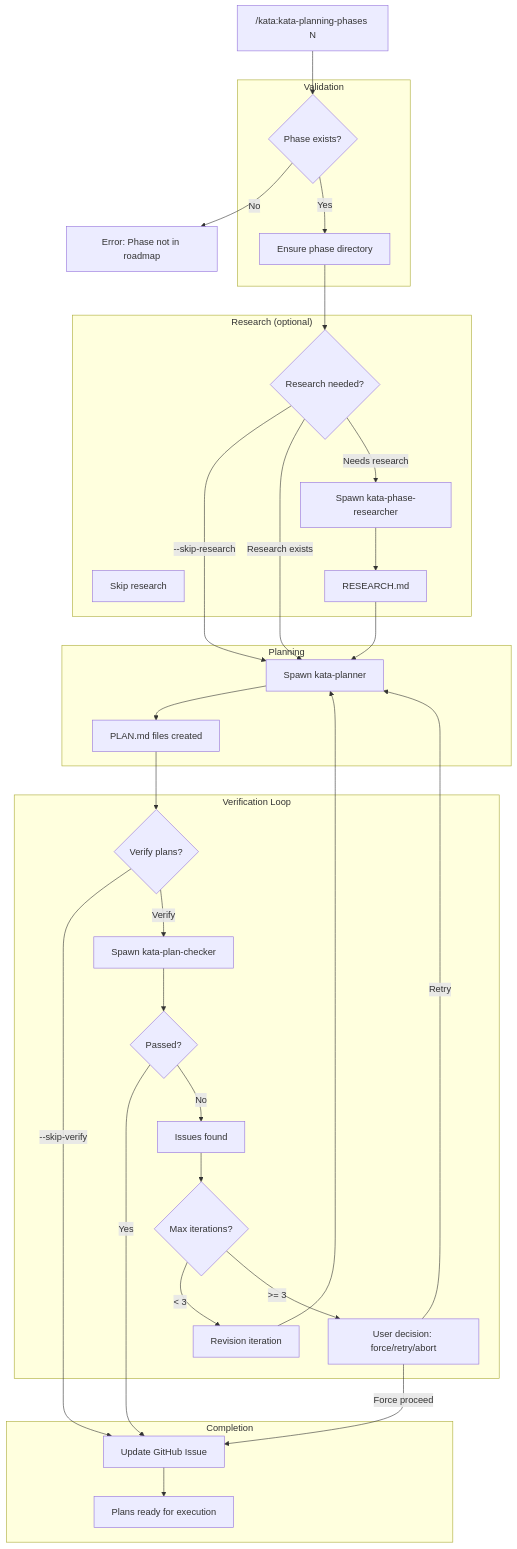
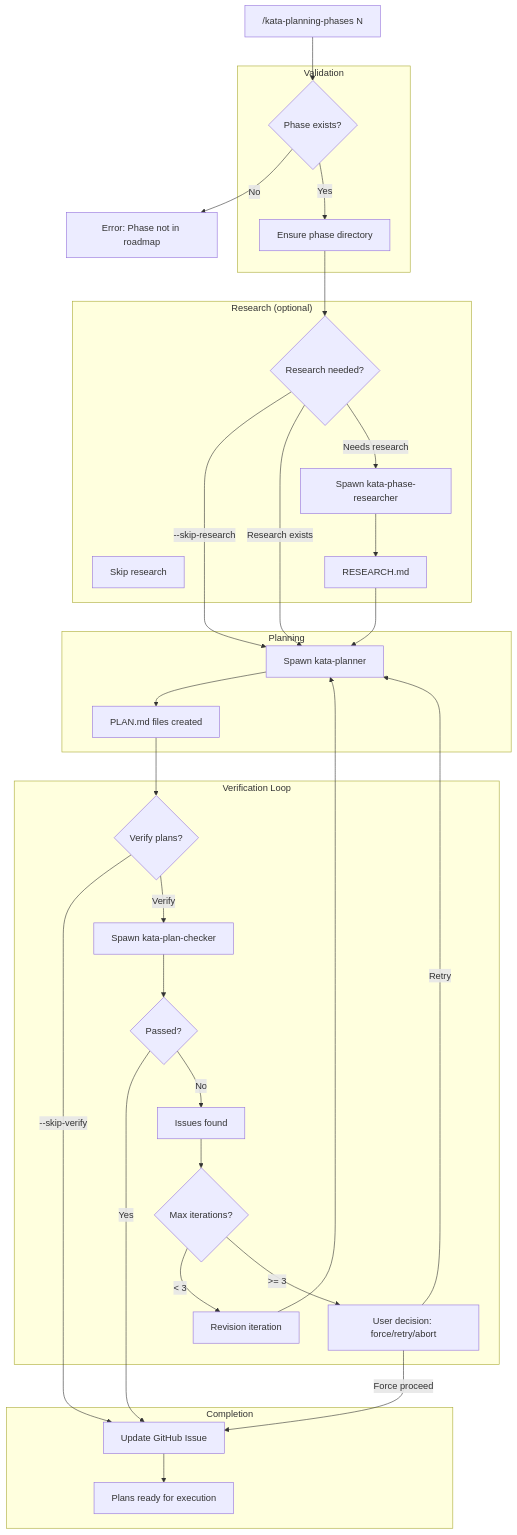
One commit to gannonh/kata changed the third of 6 diagrams in .docs/USER-JOURNEYS.md. Above: the diagram before and after it, drawn with Mermaid. The commit also changed other lines of this file and 89 other files, not shown here.

````diff
--- a/.docs/USER-JOURNEYS.md
+++ b/.docs/USER-JOURNEYS.md
@@ -157,60 +157,60 @@
 ```mermaid
 flowchart TD
-    START["/kata:kata-planning-phases N"]
+    START["/kata-planning-phases N"]
 
     subgraph Validate["Validation"]
         CHK{"Phase exists?"}
         DIR["Ensure phase directory"]
     end
 
     subgraph Research["Research (optional)"]
         RCHK{"Research needed?"}
         RSKIP["Skip research"]
         SPAWN_R["Spawn kata-phase-researcher"]
         RES["RESEARCH.md"]
     end
 
     subgraph Plan["Planning"]
         SPAWN_P["Spawn kata-planner"]
         PLANS["PLAN.md files created"]
     end
 
     subgraph Verify["Verification Loop"]
         VCHK{"Verify plans?"}
         SPAWN_C["Spawn kata-plan-checker"]
         PASS{"Passed?"}
         ISSUES["Issues found"]
         REVISE["Revision iteration"]
         MAX{"Max iterations?"}
         FORCE["User decision: force/retry/abort"]
     end
 
     subgraph Done["Completion"]
         GH["Update GitHub Issue"]
         DONE["Plans ready for execution"]
     end
 
     START --> CHK
     CHK -->|"No"| ERROR["Error: Phase not in roadmap"]
     CHK -->|"Yes"| DIR
     DIR --> RCHK
     RCHK -->|"--skip-research"| SPAWN_P
     RCHK -->|"Research exists"| SPAWN_P
     RCHK -->|"Needs research"| SPAWN_R
     SPAWN_R --> RES
     RES --> SPAWN_P
     SPAWN_P --> PLANS
     PLANS --> VCHK
     VCHK -->|"--skip-verify"| GH
     VCHK -->|"Verify"| SPAWN_C
     SPAWN_C --> PASS
     PASS -->|"Yes"| GH
     PASS -->|"No"| ISSUES
     ISSUES --> MAX
     MAX -->|"< 3"| REVISE
     REVISE --> SPAWN_P
     MAX -->|">= 3"| FORCE
     FORCE -->|"Force proceed"| GH
     FORCE -->|"Retry"| SPAWN_P
     GH --> DONE
 ```
````
